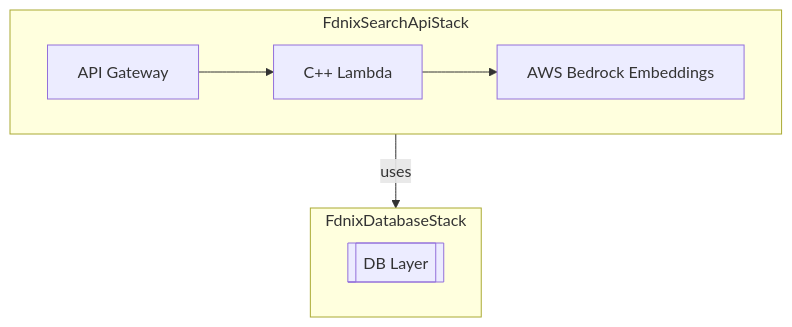
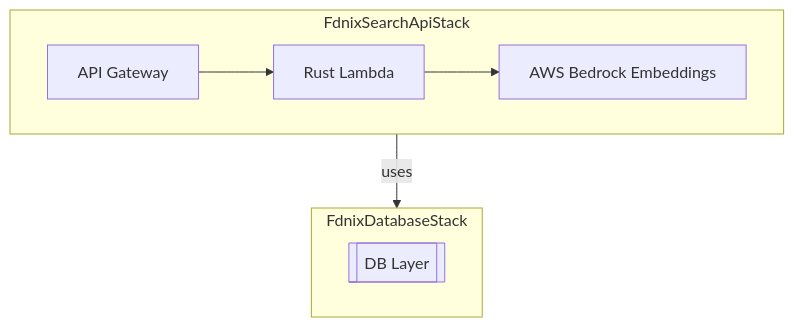
Before and after one commit to james-ralph8555/fdnix: the third of 4 diagrams in packages/cdk/README.md, drawn with Mermaid. The commit also changed other lines of this file and 4 other files, not shown here.

````diff
--- a/packages/cdk/README.md
+++ b/packages/cdk/README.md
@@ -91,15 +91,15 @@
 ```mermaid
 graph TD
     subgraph "FdnixSearchApiStack"
         direction LR
-        api[API Gateway] --> lambda[C++ Lambda]
+        api[API Gateway] --> lambda[Rust Lambda]
         lambda --> bedrock[AWS Bedrock Embeddings]
     end
 
     subgraph "FdnixDatabaseStack"
         direction LR
-        db_layer[[DB Layer]]
+    db_layer[[DB Layer]]
     end
 
     lambda -- uses --> db_layer
 ```
````
